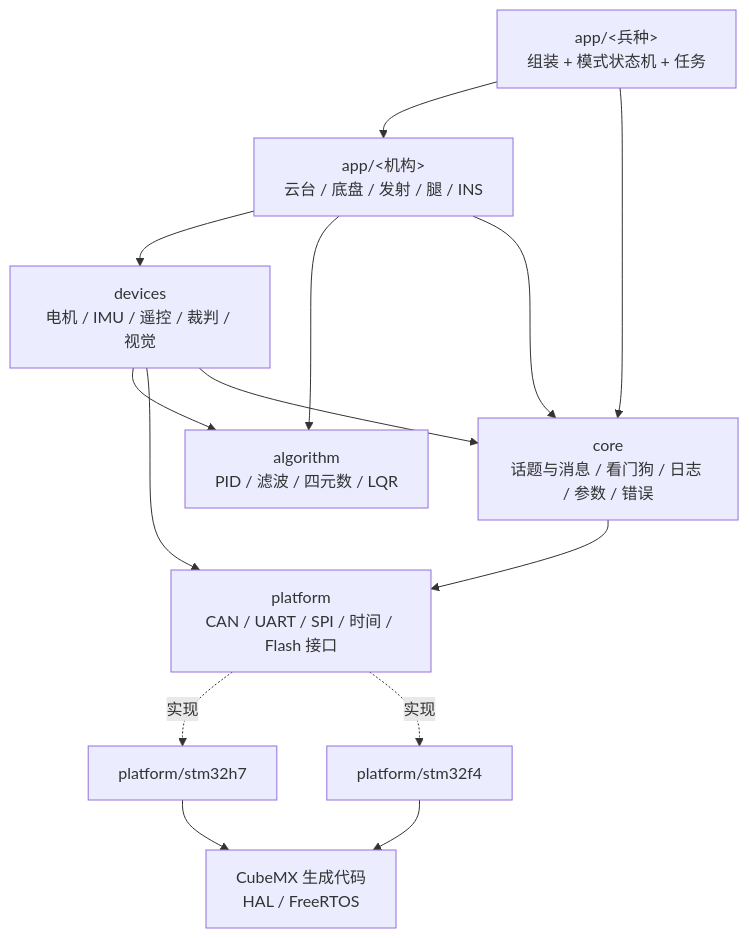
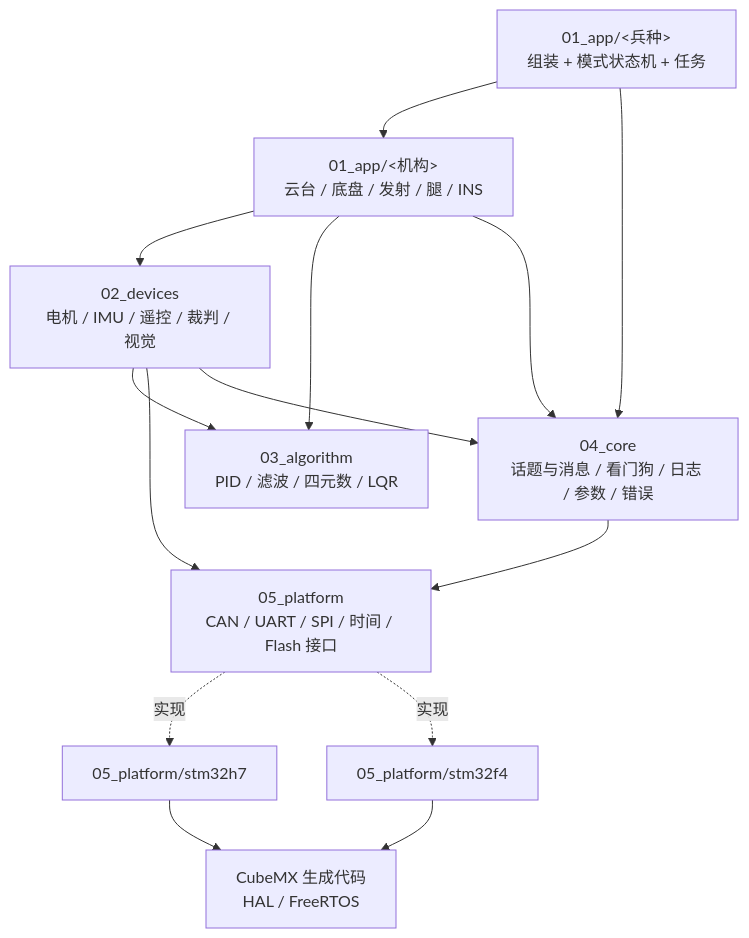
Before and after one commit to X0create/COD_RoboCore: the first of 3 diagrams in docs/ARCHITECTURE.md, drawn with Mermaid. The commit also changed other lines of this file and 509 other files, not shown here.

````diff
--- a/docs/ARCHITECTURE.md
+++ b/docs/ARCHITECTURE.md
@@ -111,25 +111,25 @@
 ```mermaid
 flowchart TD
-    APP["app/<兵种><br/>组装 + 模式状态机 + 任务"]
-    SUB["app/<机构><br/>云台 / 底盘 / 发射 / 腿 / INS"]
-    DEV["devices<br/>电机 / IMU / 遥控 / 裁判 / 视觉"]
-    ALG["algorithm<br/>PID / 滤波 / 四元数 / LQR"]
-    CORE["core<br/>话题与消息 / 看门狗 / 日志 / 参数 / 错误"]
-    PLAT["platform<br/>CAN / UART / SPI / 时间 / Flash 接口"]
-    H7["platform/stm32h7"]
-    F4["platform/stm32f4"]
+    APP["01_app/<兵种><br/>组装 + 模式状态机 + 任务"]
+    SUB["01_app/<机构><br/>云台 / 底盘 / 发射 / 腿 / INS"]
+    DEV["02_devices<br/>电机 / IMU / 遥控 / 裁判 / 视觉"]
+    ALG["03_algorithm<br/>PID / 滤波 / 四元数 / LQR"]
+    CORE["04_core<br/>话题与消息 / 看门狗 / 日志 / 参数 / 错误"]
+    PLAT["05_platform<br/>CAN / UART / SPI / 时间 / Flash 接口"]
+    H7["05_platform/stm32h7"]
+    F4["05_platform/stm32f4"]
     GEN["CubeMX 生成代码<br/>HAL / FreeRTOS"]
     APP --> SUB
     APP --> CORE
     SUB --> DEV
     SUB --> ALG
     DEV --> ALG
     DEV --> PLAT
     SUB --> CORE
     DEV --> CORE
     CORE --> PLAT
     PLAT -.实现.-> H7
     PLAT -.实现.-> F4
     H7 --> GEN
     F4 --> GEN
 ```
````
